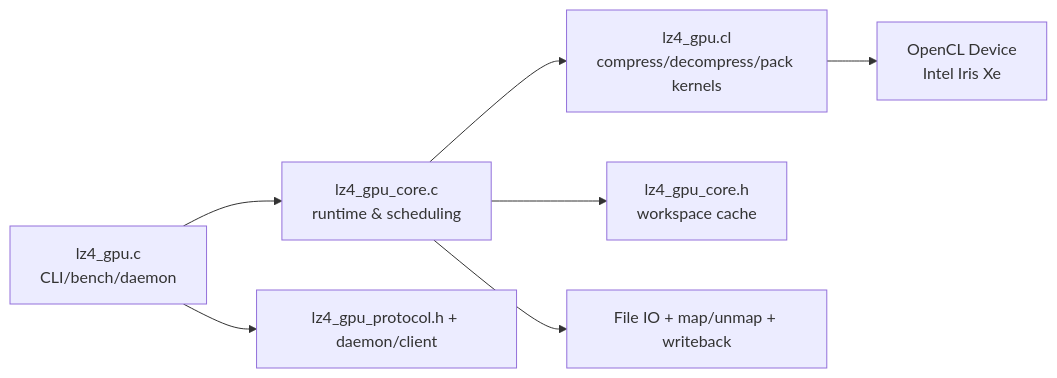
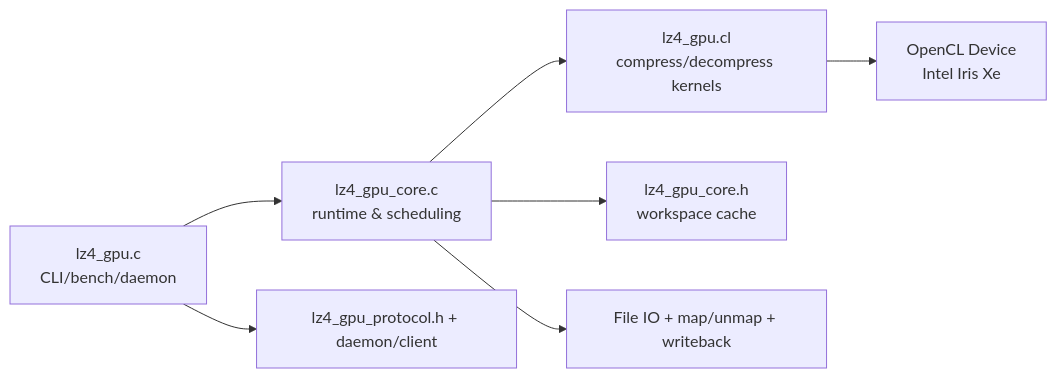
The first of 3 diagrams in lz4_gpu/PERFORMANCE_SUMMARY.md (obsidian0215/lz4), drawn with Mermaid before and after one commit. The commit also changed other lines of this file and 34 other files, not shown here.

````diff
--- a/lz4_gpu/PERFORMANCE_SUMMARY.md
+++ b/lz4_gpu/PERFORMANCE_SUMMARY.md
@@ -78,9 +78,9 @@
 ```mermaid
 flowchart LR
     A[lz4_gpu.c<br/>CLI/bench/daemon] --> B[lz4_gpu_core.c<br/>runtime & scheduling]
-    B --> C[lz4_gpu.cl<br/>compress/decompress/pack kernels]
+   B --> C[lz4_gpu.cl<br/>compress/decompress kernels]
     B --> D[lz4_gpu_core.h<br/>workspace cache]
     A --> E[lz4_gpu_protocol.h + daemon/client]
     C --> F[OpenCL Device<br/>Intel Iris Xe]
     B --> G[File IO + map/unmap + writeback]
 ```
````
